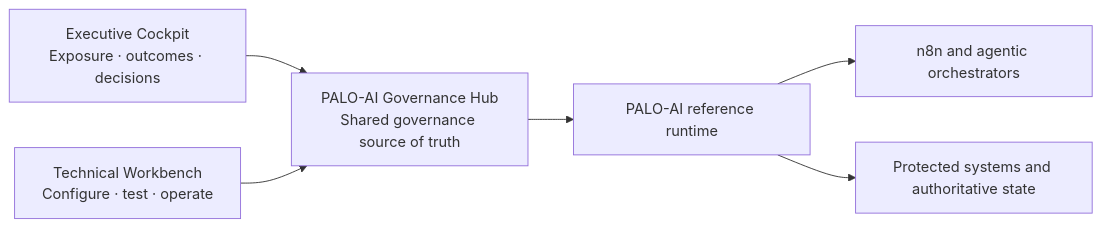
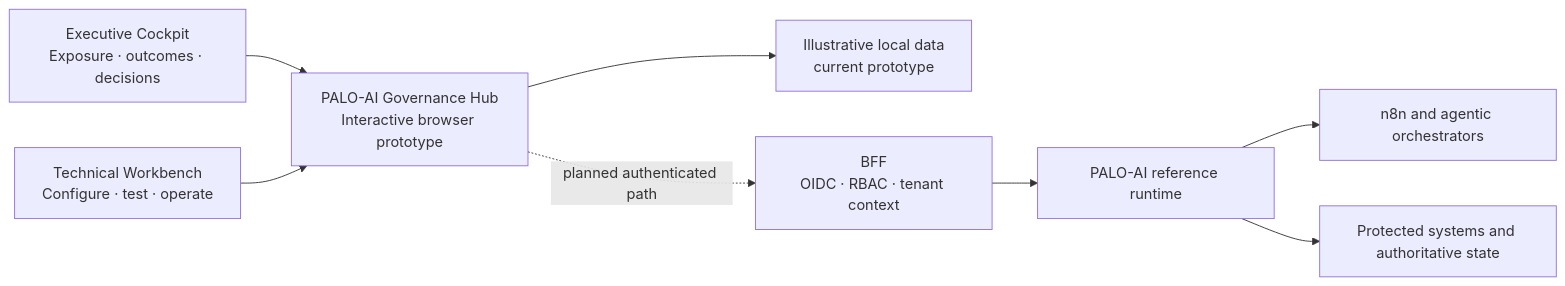
Before and after one commit to sev7enITA/PALOframework: the first of 2 diagrams in docs/site/palo-ai-governance-hub-page-copy.md, drawn with Mermaid. The commit also changed other lines of this file and 24 other files, not shown here.

````diff
--- a/docs/site/palo-ai-governance-hub-page-copy.md
+++ b/docs/site/palo-ai-governance-hub-page-copy.md
@@ -118,8 +118,10 @@
 ```mermaid
 flowchart LR
-    EC["Executive Cockpit<br/>Exposure · outcomes · decisions"] --> HUB["PALO-AI Governance Hub<br/>Shared governance source of truth"]
+    EC["Executive Cockpit<br/>Exposure · outcomes · decisions"] --> HUB["PALO-AI Governance Hub<br/>Interactive browser prototype"]
     TW["Technical Workbench<br/>Configure · test · operate"] --> HUB
-    HUB --> RT["PALO-AI reference runtime"]
+    HUB --> MOCK["Illustrative local data<br/>current prototype"]
+    HUB -. "planned authenticated path" .-> BFF["BFF<br/>OIDC · RBAC · tenant context"]
+    BFF --> RT["PALO-AI reference runtime"]
     RT --> ORCH["n8n and agentic orchestrators"]
     RT --> SYS["Protected systems and authoritative state"]
 ```
````
